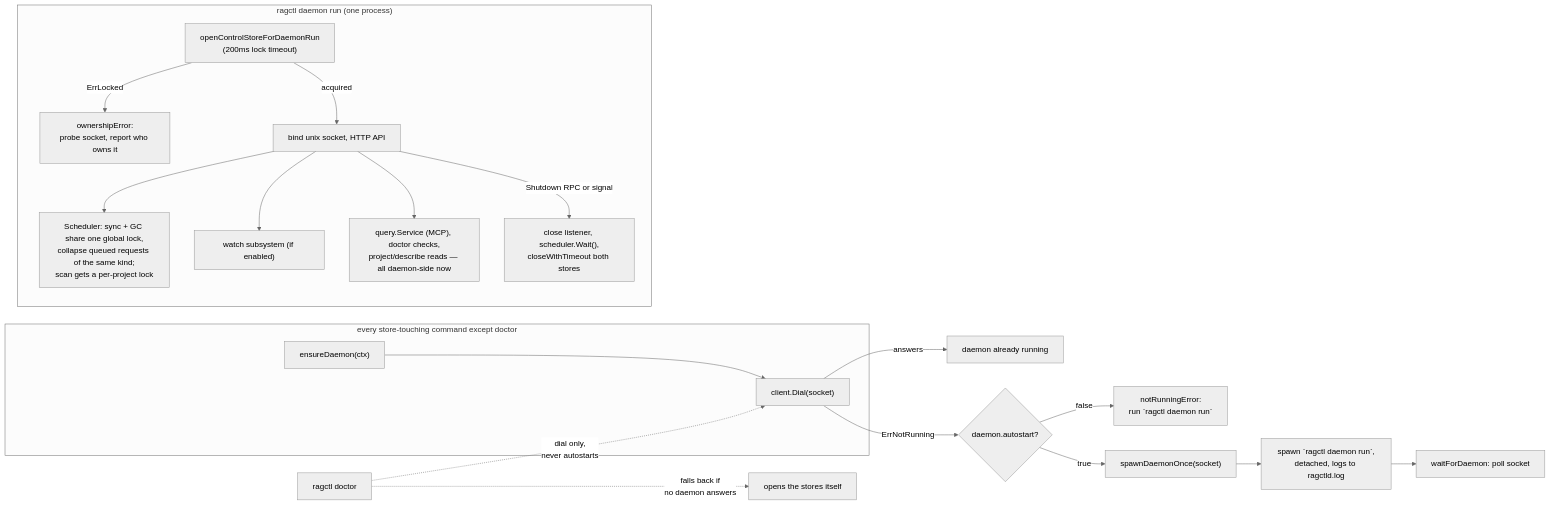
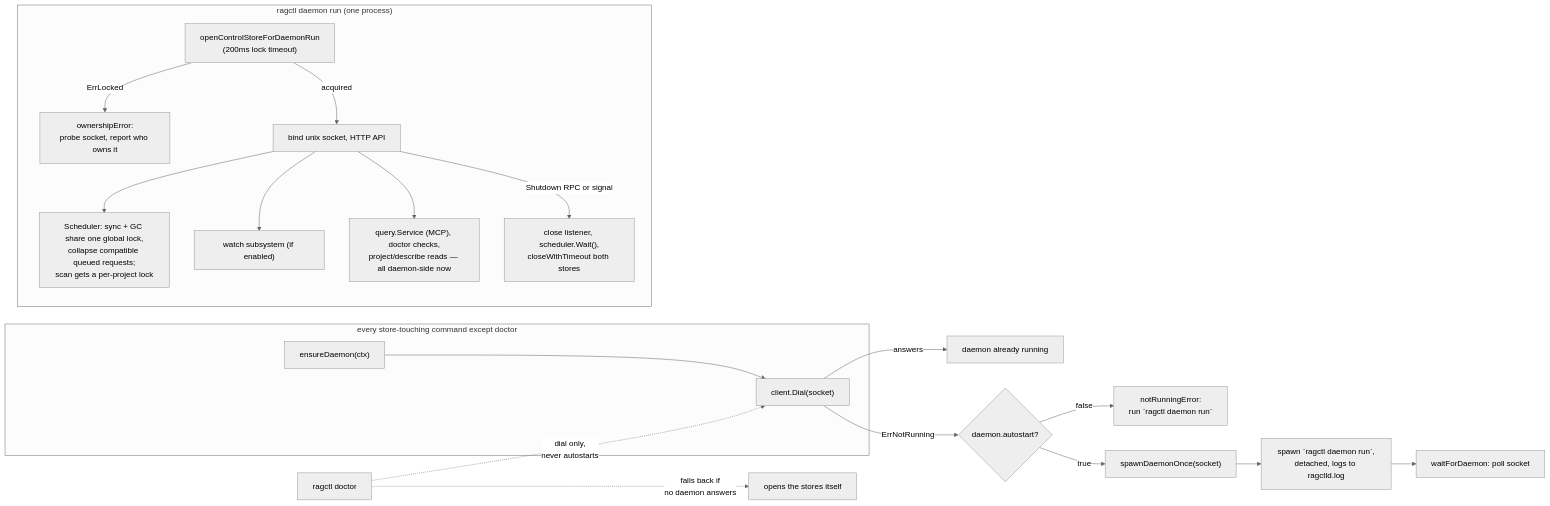
Before and after one commit to aleutian-ai/depctl: the second of 16 diagrams in docs/architecture.md, drawn with Mermaid (neutral theme). The commit also changed other lines of this file, not shown here.

Commit message:
architecture.md: hybrid search, EmbeddingGemma 2 default, compatible-only scheduler queueing

````diff
--- a/docs/architecture.md
+++ b/docs/architecture.md
@@ -106,24 +106,24 @@
 ```mermaid
 flowchart LR
     subgraph client["every store-touching command except doctor"]
         C1["ensureDaemon(ctx)"] --> C2["client.Dial(socket)"]
     end
     C2 -->|answers| D0["daemon already running"]
     C2 -->|ErrNotRunning| C3{"daemon.autostart?"}
     C3 -->|false| C4["notRunningError:<br/>run `ragctl daemon run`"]
     C3 -->|true| C5["spawnDaemonOnce(socket)"]
     C5 --> C6["spawn `ragctl daemon run`,<br/>detached, logs to ragctld.log"]
     C6 --> C7["waitForDaemon: poll socket"]
 
     subgraph daemon["ragctl daemon run (one process)"]
         S1["openControlStoreForDaemonRun<br/>(200ms lock timeout)"] -->|ErrLocked| S2["ownershipError:<br/>probe socket, report who owns it"]
         S1 -->|acquired| S3["bind unix socket, HTTP API"]
-        S3 --> S4["Scheduler: sync + GC share one global lock,<br/>collapse queued requests of the same kind;<br/>scan gets a per-project lock"]
+        S3 --> S4["Scheduler: sync + GC share one global lock,<br/>collapse compatible queued requests;<br/>scan gets a per-project lock"]
         S3 --> S5["watch subsystem (if enabled)"]
         S3 --> S7["query.Service (MCP), doctor checks,<br/>project/describe reads — all daemon-side now"]
         S3 -->|Shutdown RPC or signal| S6["close listener, scheduler.Wait(),<br/>closeWithTimeout both stores"]
     end
 
     Doctor["ragctl doctor"] -.->|dial only,<br/>never autostarts| C2
     Doctor -.->|falls back if<br/>no daemon answers| Direct["opens the stores itself"]
 ```
````
